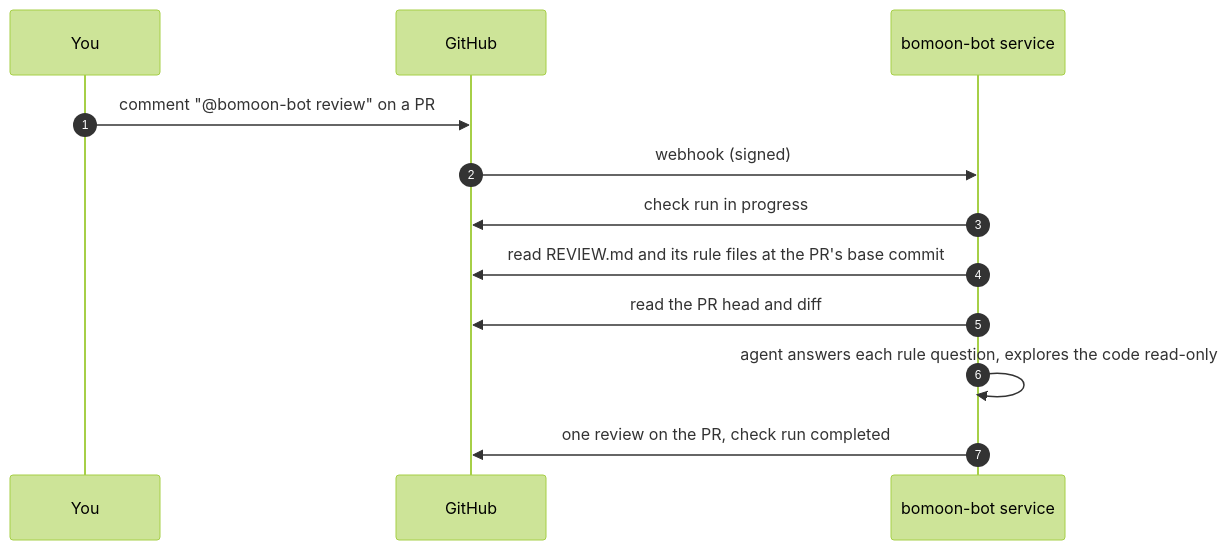
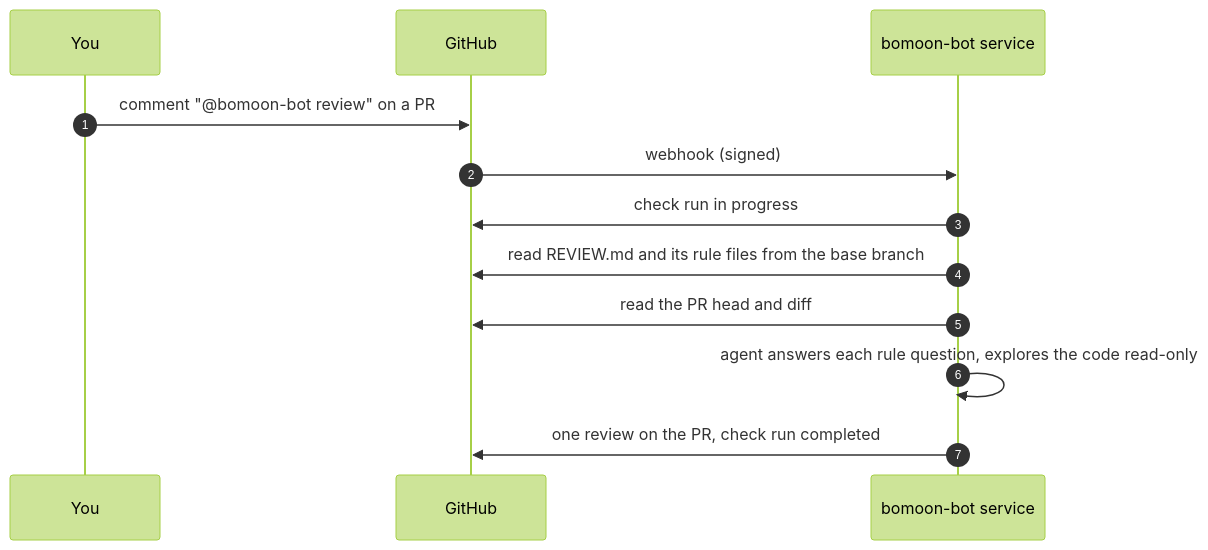
Before and after one commit to ytqh/bomoon-bot: the diagram in README.md, drawn with Mermaid (forest theme). The commit also changed other lines of this file and 1 other file, not shown here.

Commit message:
docs: rules are read from the tip of the base branch
Claude-Session: https://claude.ai/code/session_01PsT5L9A7NNjvbt6YV2MLdi

````diff
--- a/README.md
+++ b/README.md
@@ -15,14 +15,14 @@
 ```mermaid
 sequenceDiagram
     autonumber
     participant U as You
     participant GH as GitHub
     participant B as bomoon-bot service
     U->>GH: comment "@bomoon-bot review" on a PR
     GH->>B: webhook (signed)
     B->>GH: check run in progress
-    B->>GH: read REVIEW.md and its rule files at the PR's base commit
+    B->>GH: read REVIEW.md and its rule files from the base branch
     B->>GH: read the PR head and diff
     B->>B: agent answers each rule question, explores the code read-only
     B->>GH: one review on the PR, check run completed
 ```
````
